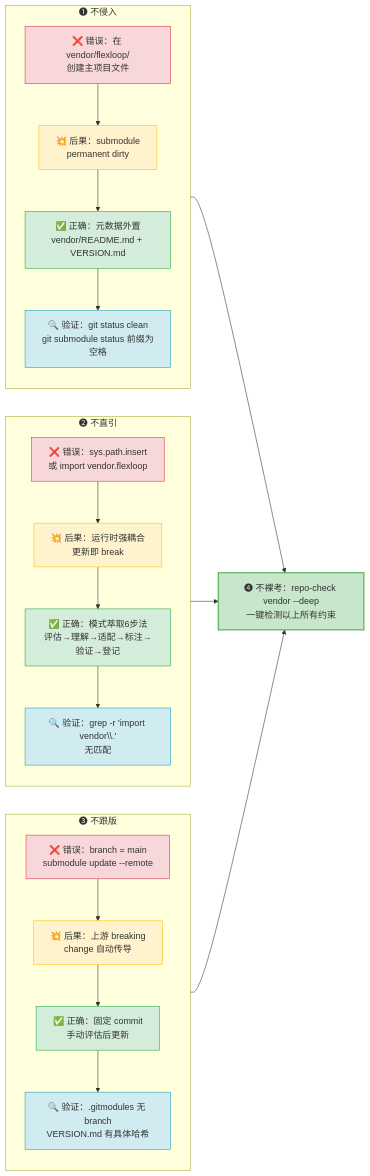
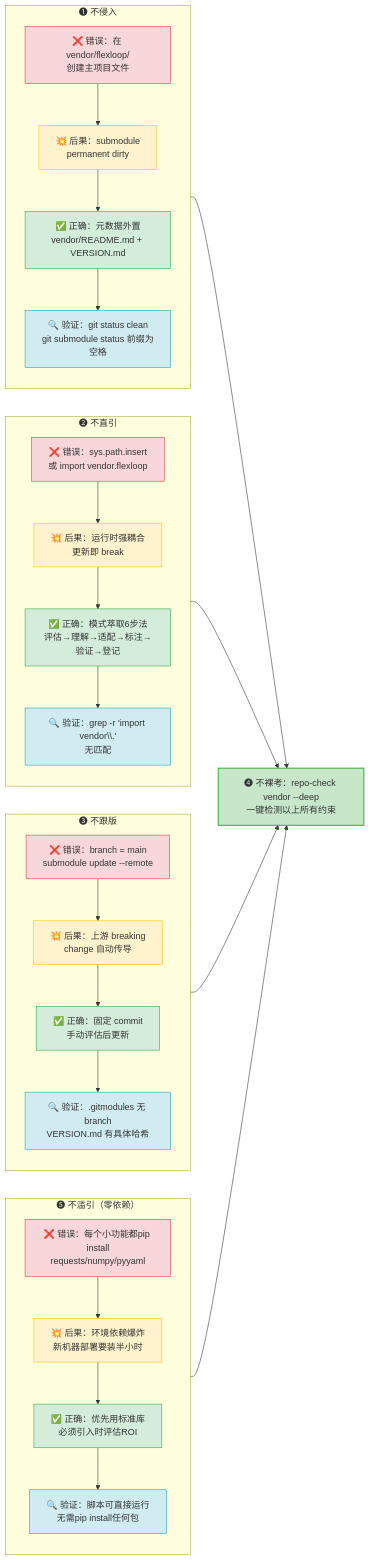
The second of 4 diagrams in docs/retrospective/patterns/methodology-patterns/governance-strategy/four-negatives-external-dependency.md (xinetzone/SpecWeave), drawn with Mermaid before and after one commit. The commit also changed other lines of this file and 16 other files, not shown here.

````diff
--- a/docs/retrospective/patterns/methodology-patterns/governance-strategy/four-negatives-external-dependency.md
+++ b/docs/retrospective/patterns/methodology-patterns/governance-strategy/four-negatives-external-dependency.md
@@ -59,43 +91,56 @@
 ```mermaid
 flowchart LR
     subgraph P1["❶ 不侵入"]
         direction TB
         W1["❌ 错误：在 vendor/flexloop/<br/>创建主项目文件"]
         E1["💥 后果：submodule<br/>permanent dirty"]
         R1["✅ 正确：元数据外置<br/>vendor/README.md + VERSION.md"]
         V1["🔍 验证：git status clean<br/>git submodule status 前缀为空格"]
         W1 --> E1 --> R1 --> V1
     end
     subgraph P2["❷ 不直引"]
         direction TB
         W2["❌ 错误：sys.path.insert<br/>或 import vendor.flexloop"]
         E2["💥 后果：运行时强耦合<br/>更新即 break"]
         R2["✅ 正确：模式萃取6步法<br/>评估→理解→适配→标注→验证→登记"]
         V2["🔍 验证：grep -r 'import vendor\\.'<br/>无匹配"]
         W2 --> E2 --> R2 --> V2
     end
     subgraph P3["❸ 不跟版"]
         direction TB
         W3["❌ 错误：branch = main<br/>submodule update --remote"]
         E3["💥 后果：上游 breaking<br/>change 自动传导"]
         R3["✅ 正确：固定 commit<br/>手动评估后更新"]
         V3["🔍 验证：.gitmodules 无 branch<br/>VERSION.md 有具体哈希"]
         W3 --> E3 --> R3 --> V3
     end
+    subgraph P5["❺ 不滥引（零依赖）"]
+        direction TB
+        W5["❌ 错误：每个小功能都pip install<br/>requests/numpy/pyyaml"]
+        E5["💥 后果：环境依赖爆炸<br/>新机器部署要装半小时"]
+        R5["✅ 正确：优先用标准库<br/>必须引入时评估ROI"]
+        V5["🔍 验证：脚本可直接运行<br/>无需pip install任何包"]
+        W5 --> E5 --> R5 --> V5
+    end
     P1 --> P4["❹ 不裸考：repo-check vendor --deep<br/>一键检测以上所有约束"]
     P2 --> P4
     P3 --> P4
+    P5 --> P4
     style W1 fill:#f8d7da,stroke:#dc3545
     style W2 fill:#f8d7da,stroke:#dc3545
     style W3 fill:#f8d7da,stroke:#dc3545
+    style W5 fill:#f8d7da,stroke:#dc3545
     style E1 fill:#fff3cd,stroke:#ffc107
     style E2 fill:#fff3cd,stroke:#ffc107
     style E3 fill:#fff3cd,stroke:#ffc107
+    style E5 fill:#fff3cd,stroke:#ffc107
     style R1 fill:#d4edda,stroke:#28a745
     style R2 fill:#d4edda,stroke:#28a745
     style R3 fill:#d4edda,stroke:#28a745
+    style R5 fill:#d4edda,stroke:#28a745
     style V1 fill:#d1ecf1,stroke:#17a2b8
     style V2 fill:#d1ecf1,stroke:#17a2b8
     style V3 fill:#d1ecf1,stroke:#17a2b8
+    style V5 fill:#d1ecf1,stroke:#17a2b8
     style P4 fill:#c8e6c9,stroke:#4caf50,stroke-width:2px
 ```
````
